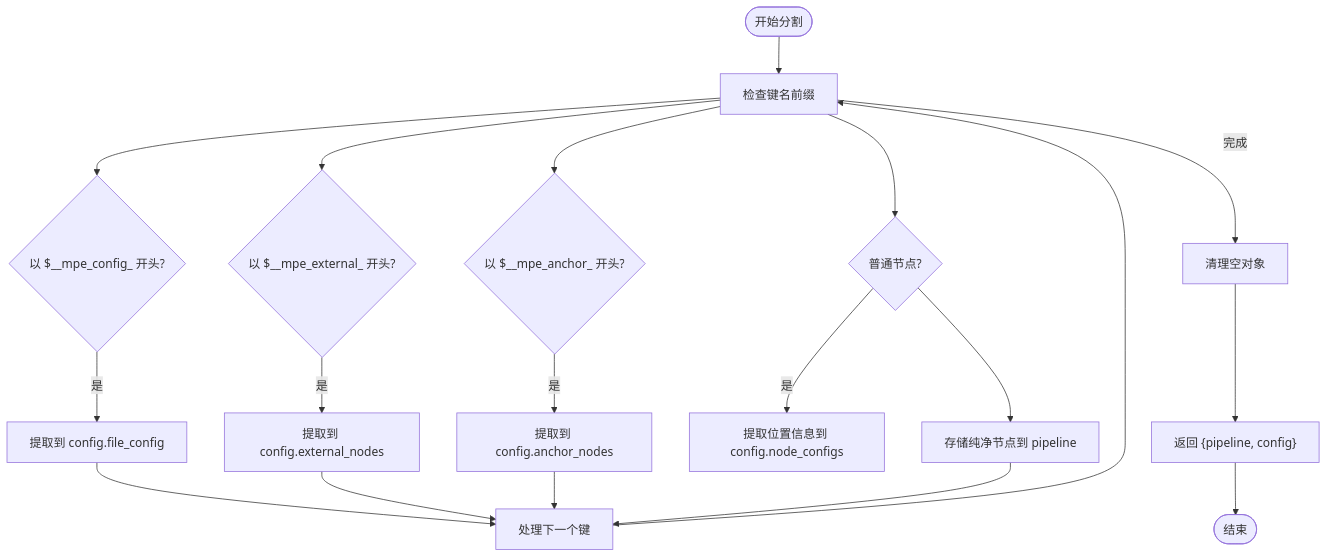
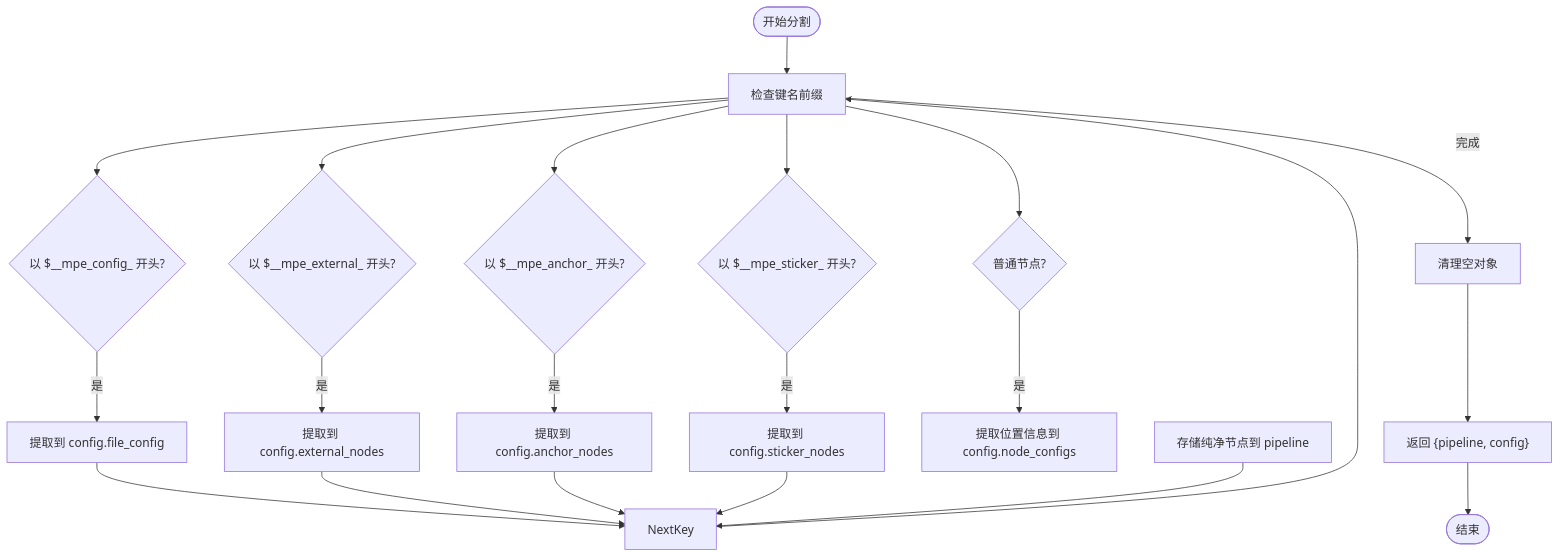
The second of 5 diagrams in .qoder/repowiki/zh/content/特性/解析器/配置分割与合并.md (kqcoxn/MaaPipelineEditor), drawn with Mermaid before and after one commit. The commit also changed other lines of this file and 6 other files, not shown here.

````diff
--- a/.qoder/repowiki/zh/content/特性/解析器/配置分割与合并.md
+++ b/.qoder/repowiki/zh/content/特性/解析器/配置分割与合并.md
@@ -111,21 +132,23 @@
 ```mermaid
 flowchart TD
 Start([开始分割]) --> CheckKey["检查键名前缀"]
 CheckKey --> IsConfig{"以 $__mpe_config_ 开头?"}
 IsConfig --> |是| ExtractFileConfig["提取到 config.file_config"]
 CheckKey --> IsExternal{"以 $__mpe_external_ 开头?"}
 IsExternal --> |是| ExtractExternal["提取到 config.external_nodes"]
 CheckKey --> IsAnchor{"以 $__mpe_anchor_ 开头?"}
 IsAnchor --> |是| ExtractAnchor["提取到 config.anchor_nodes"]
+CheckKey --> IsSticker{"以 $__mpe_sticker_ 开头?"}
+IsSticker --> |是| ExtractSticker["提取到 config.sticker_nodes"]
 CheckKey --> IsNormal{"普通节点?"}
 IsNormal --> |是| ExtractPosition["提取位置信息到 config.node_configs"]
-IsNormal --> StorePureNode["存储纯净节点到 pipeline"]
 ExtractFileConfig --> NextKey
 ExtractExternal --> NextKey
 ExtractAnchor --> NextKey
-StorePureNode --> NextKey
-NextKey["处理下一个键"] --> CheckKey
+ExtractSticker --> NextKey
+StorePureNode["存储纯净节点到 pipeline"] --> NextKey
+NextKey --> CheckKey
 CheckKey --> |完成| Cleanup["清理空对象"]
 Cleanup --> ReturnResult["返回 {pipeline, config}"]
 ReturnResult --> End([结束])
 ```
````
